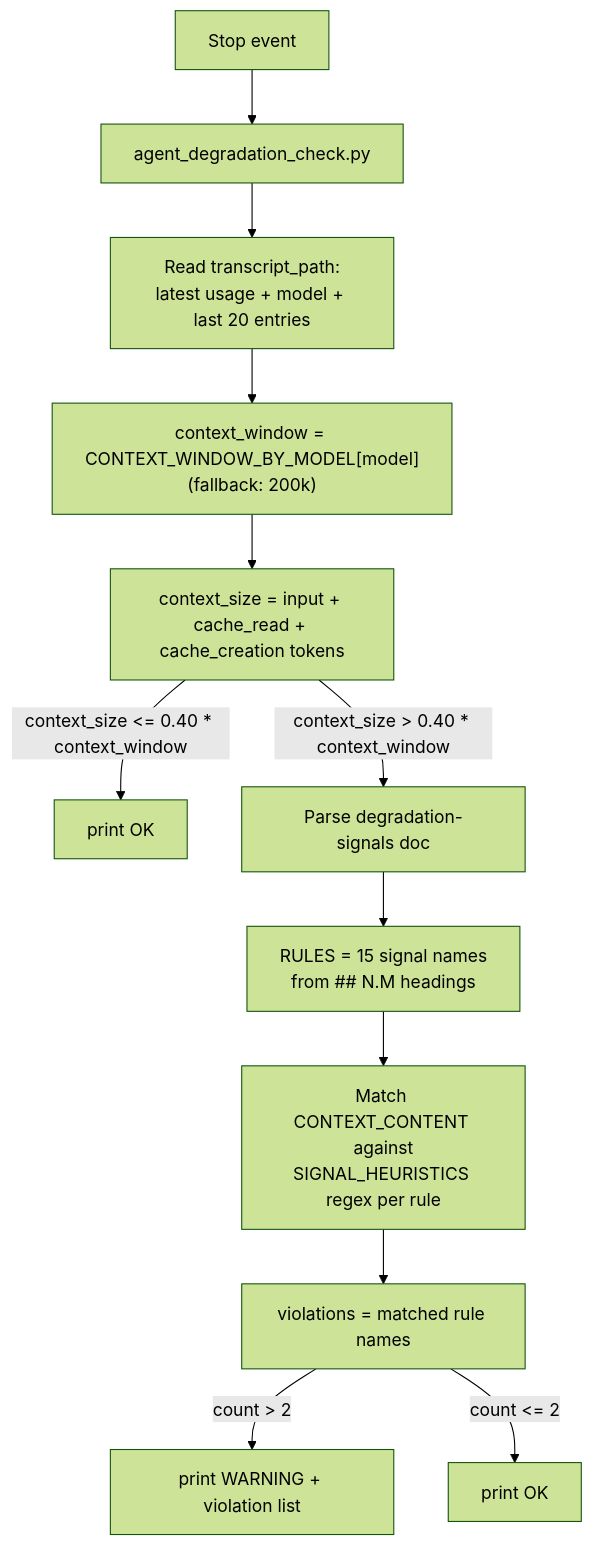
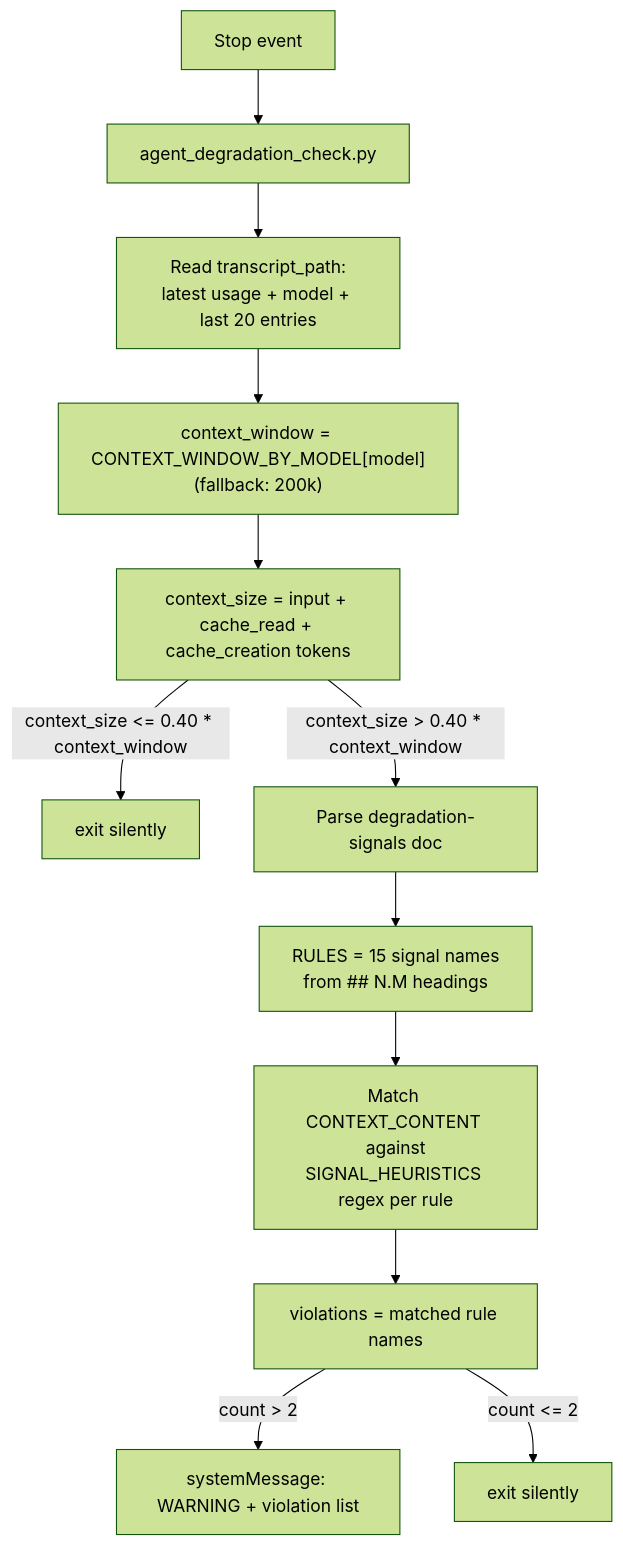
The diagram in dumb-zone-40/README.md (cieyhomelab/hooks), drawn with Mermaid (forest theme) before and after one commit. The commit also changed other lines of this file and 4 other files, not shown here.

Commit message:
Show hook warnings to the user via systemMessage instead of stdout

````diff
--- a/dumb-zone-40/README.md
+++ b/dumb-zone-40/README.md
@@ -51,15 +53,15 @@
 ```mermaid
 flowchart TD
     STOP[Stop event] --> ADC[agent_degradation_check.py]
 
     ADC --> T2["Read transcript_path:\nlatest usage + model + last 20 entries"]
     T2 --> CW2["context_window = CONTEXT_WINDOW_BY_MODEL[model]\n(fallback: 200k)"]
     CW2 --> CS2["context_size = input + cache_read + cache_creation tokens"]
-    CS2 -->|context_size <= 0.40 * context_window| OK1["print OK"]
+    CS2 -->|context_size <= 0.40 * context_window| OK1[exit silently]
     CS2 -->|context_size > 0.40 * context_window| DOC[Parse degradation-signals doc]
     DOC --> RULES["RULES = 15 signal names\nfrom ## N.M headings"]
     RULES --> EVAL["Match CONTEXT_CONTENT against\nSIGNAL_HEURISTICS regex per rule"]
     EVAL --> COUNT[violations = matched rule names]
-    COUNT -->|"count > 2"| WARN2["print WARNING + violation list"]
-    COUNT -->|"count <= 2"| OK2["print OK"]
+    COUNT -->|"count > 2"| WARN2["systemMessage: WARNING + violation list"]
+    COUNT -->|"count <= 2"| OK2[exit silently]
 ```
````
